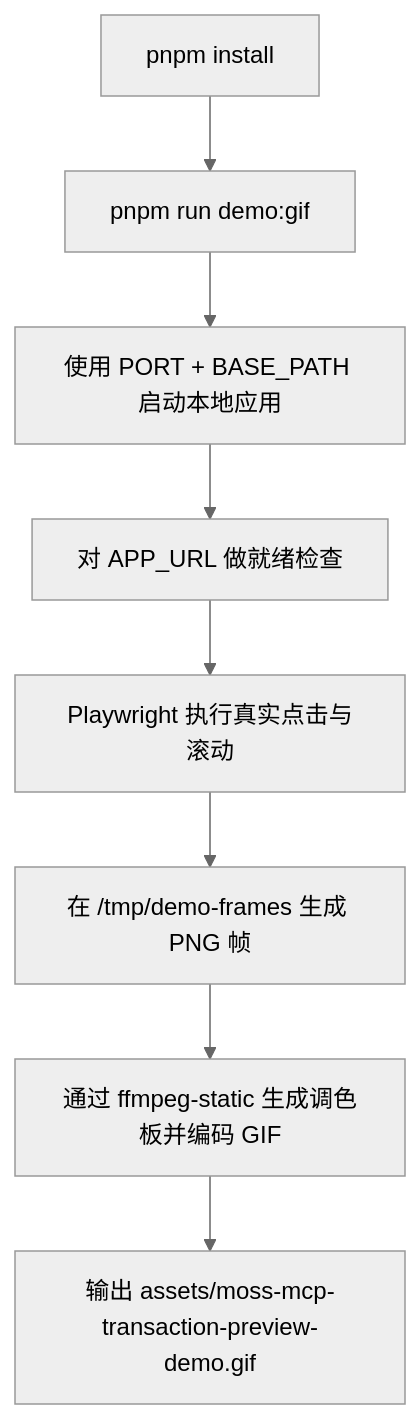
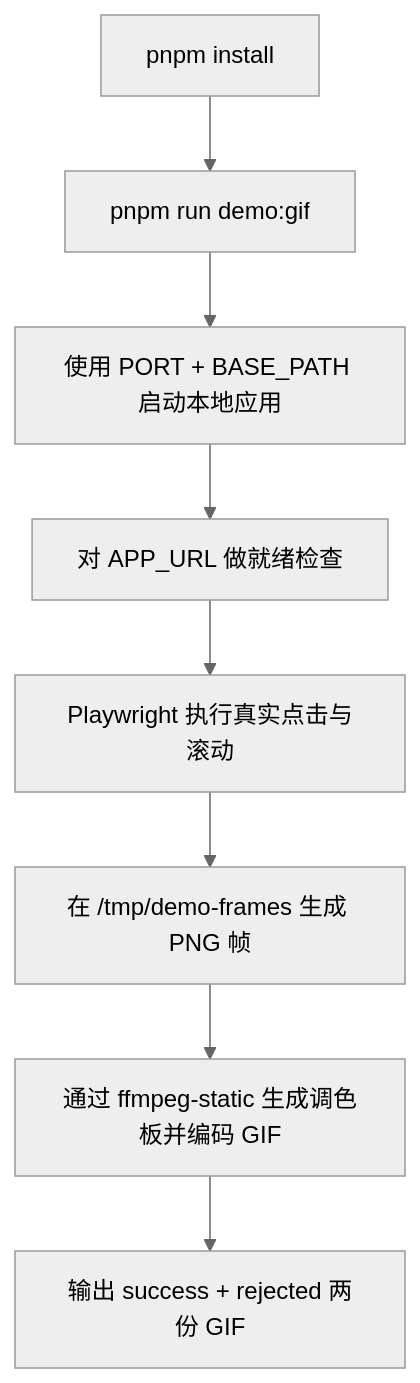
The sixth of 8 diagrams in README.md (sunshineluyao/Moss-Mcp-Transaction), drawn with Mermaid (neutral theme) before and after one commit. The commit also changed other lines of this file and 6 other files, not shown here.

````diff
--- a/README.md
+++ b/README.md
@@ -310,10 +350,10 @@
 ```mermaid
 flowchart TD
   A[pnpm install] --> B[pnpm run demo:gif]
   B --> C[使用 PORT + BASE_PATH 启动本地应用]
   C --> D[对 APP_URL 做就绪检查]
   D --> E[Playwright 执行真实点击与滚动]
   E --> F[在 /tmp/demo-frames 生成 PNG 帧]
   F --> G[通过 ffmpeg-static 生成调色板并编码 GIF]
-  G --> H[输出 assets/moss-mcp-transaction-preview-demo.gif]
+  G --> H[输出 success + rejected 两份 GIF]
 ```
````
